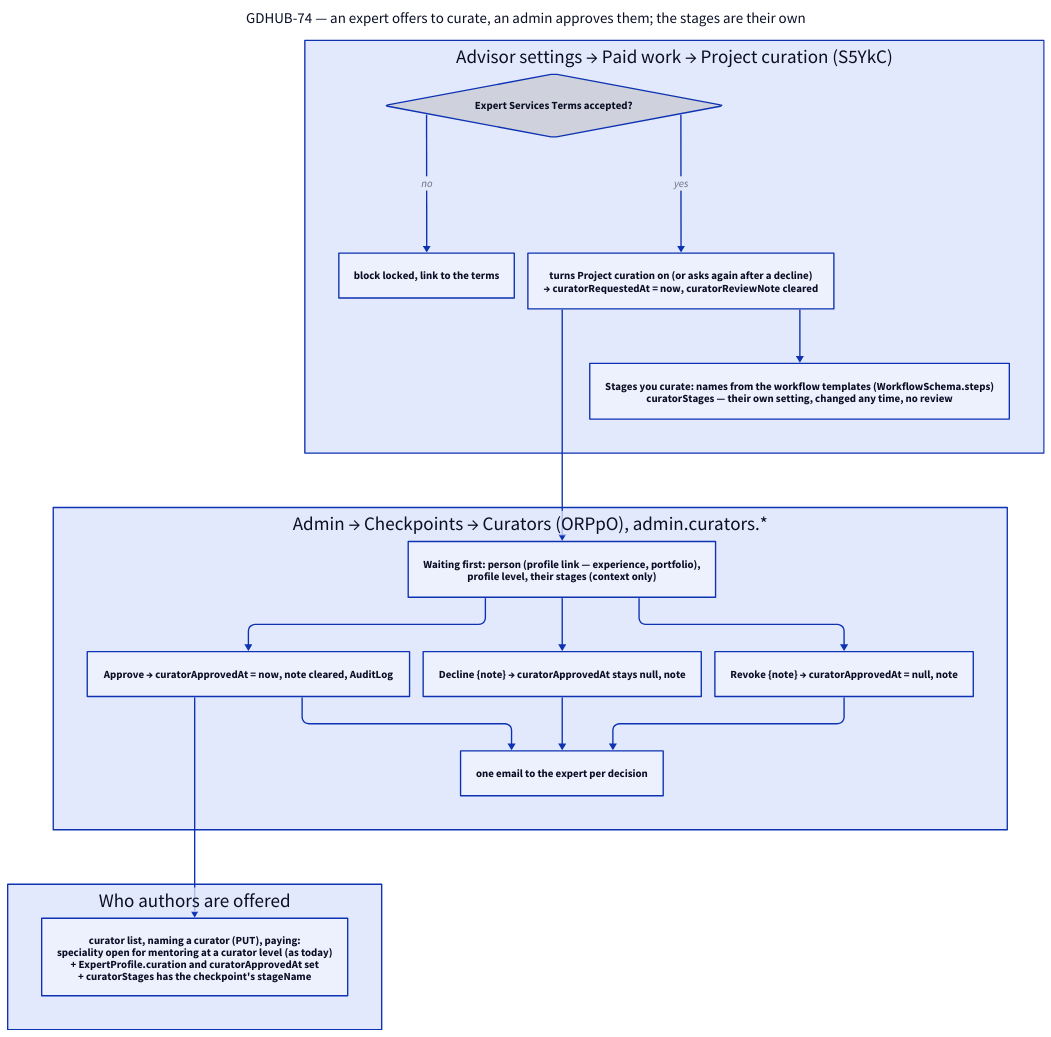
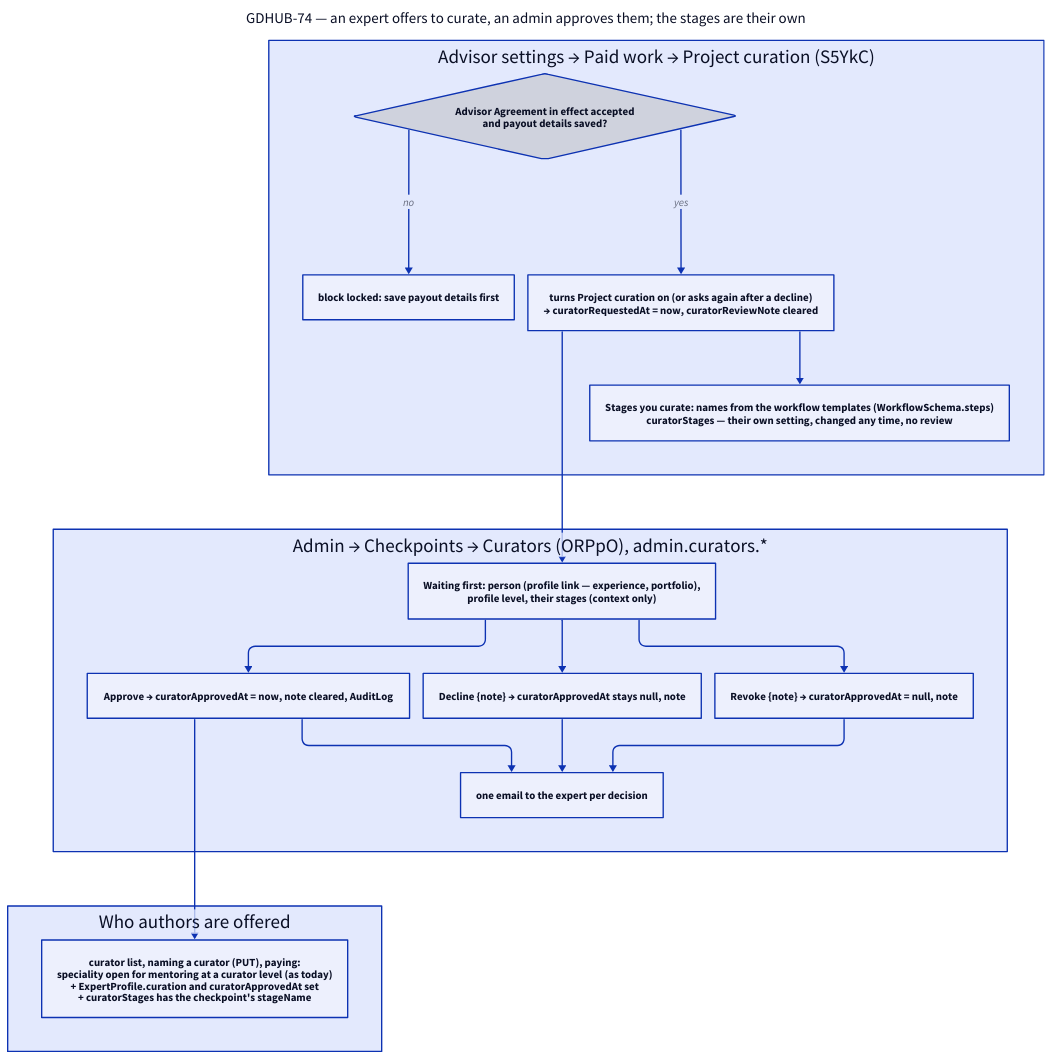
One commit to gdhub-io/gdhub changed the diagram in docs/checkpoints-curator-approval-flow.d2. Above: the diagram before and after it, drawn with D2. The commit also changed 30 other files, not shown here.

Commit message:
feat(legal): GDHUB-102 one Advisor Agreement — Expert Services Terms folded in

```diff
--- a/docs/checkpoints-curator-approval-flow.d2
+++ b/docs/checkpoints-curator-approval-flow.d2
@@ -1,43 +1,43 @@
 vars: {
   d2-config: {
     layout-engine: elk
   }
 }
 
 direction: down
 
 title: "GDHUB-74 — an expert offers to curate, an admin approves them; the stages are their own" {
   shape: text
   near: top-center
   style.font-size: 22
 }
 
 curator: "Advisor settings → Paid work → Project curation (S5YkC)" {
-  terms: "Expert Services Terms accepted?" {shape: diamond}
-  locked: "block locked, link to the terms"
+  terms: "Advisor Agreement in effect accepted\nand payout details saved?" {shape: diamond}
+  locked: "block locked: save payout details first"
   on: "turns Project curation on (or asks again after a decline)\n→ curatorRequestedAt = now, curatorReviewNote cleared"
   stages: "Stages you curate: names from the workflow templates (WorkflowSchema.steps)\ncuratorStages — their own setting, changed any time, no review"
   terms -> locked: no
   terms -> on: yes
   on -> stages
 }
 
 admin: "Admin → Checkpoints → Curators (ORPpO), admin.curators.*" {
   list: "Waiting first: person (profile link — experience, portfolio),\nprofile level, their stages (context only)"
   approve: "Approve → curatorApprovedAt = now, note cleared, AuditLog"
   decline: "Decline {note} → curatorApprovedAt stays null, note"
   revoke: "Revoke {note} → curatorApprovedAt = null, note"
   mail: "one email to the expert per decision"
   list -> approve
   list -> decline
   list -> revoke
   approve -> mail
   decline -> mail
   revoke -> mail
 }
 curator.on -> admin.list
 
 pool: "Who authors are offered" {
   where: "curator list, naming a curator (PUT), paying:\nspeciality open for mentoring at a curator level (as today)\n+ ExpertProfile.curation and curatorApprovedAt set\n+ curatorStages has the checkpoint's stageName"
 }
 admin.approve -> pool.where
```
